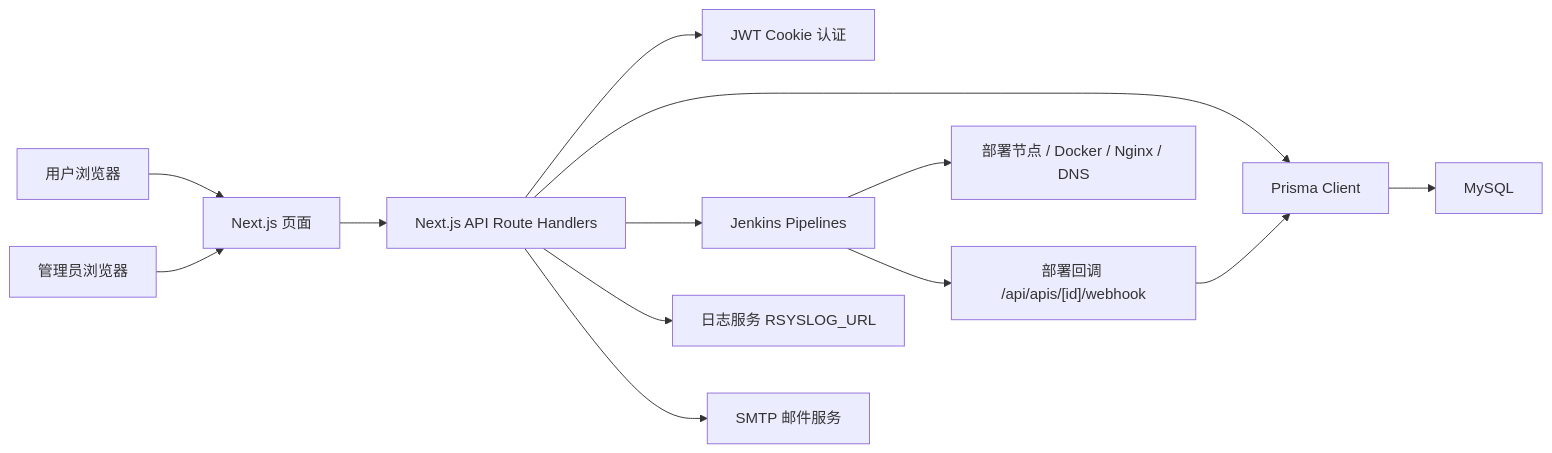
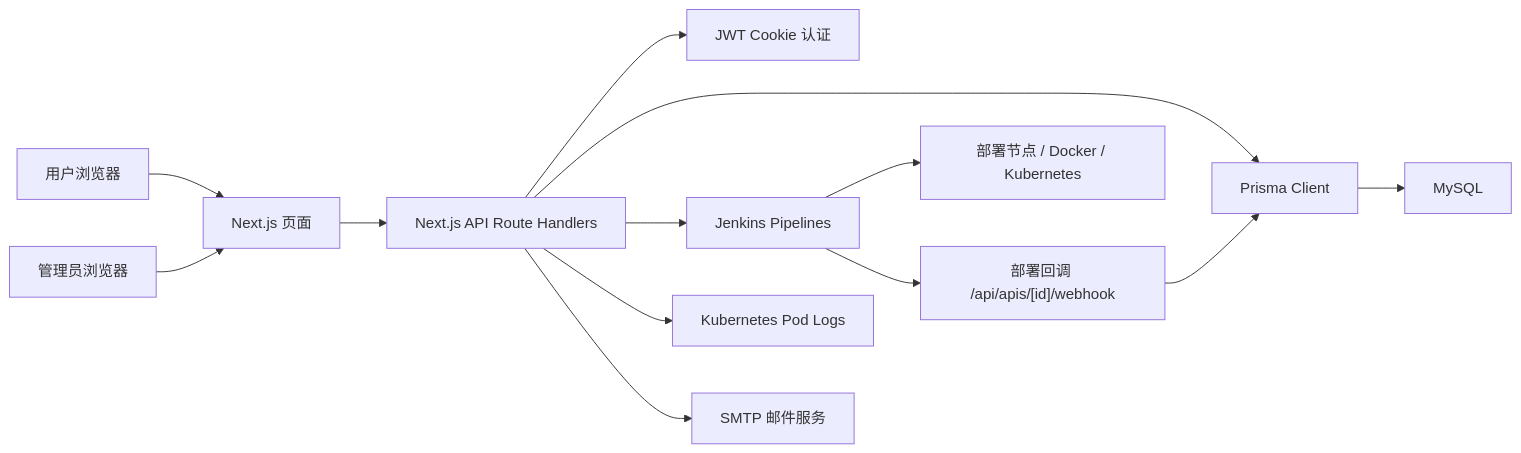
One commit to jiangchengyu998/one-click-deployment changed the diagram in architecture.md. Above: the diagram before and after it, drawn with Mermaid. The commit also changed other lines of this file and 90 other files, not shown here.

````diff
--- a/architecture.md
+++ b/architecture.md
@@ -437,15 +389,15 @@
 ```mermaid
 flowchart LR
   User["用户浏览器"] --> NextPages["Next.js 页面"]
   Admin["管理员浏览器"] --> NextPages
   NextPages --> ApiRoutes["Next.js API Route Handlers"]
   ApiRoutes --> Auth["JWT Cookie 认证"]
   ApiRoutes --> Prisma["Prisma Client"]
   Prisma --> MySQL["MySQL"]
   ApiRoutes --> Jenkins["Jenkins Pipelines"]
-  Jenkins --> Runtime["部署节点 / Docker / Nginx / DNS"]
+  Jenkins --> Runtime["部署节点 / Docker / Kubernetes"]
   Jenkins --> Webhook["部署回调 /api/apis/[id]/webhook"]
   Webhook --> Prisma
-  ApiRoutes --> Rsyslog["日志服务 RSYSLOG_URL"]
+  ApiRoutes --> K8sLogs["Kubernetes Pod Logs"]
   ApiRoutes --> SMTP["SMTP 邮件服务"]
 ```
````
